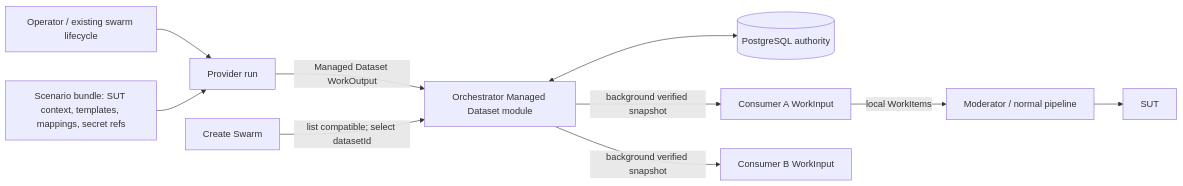
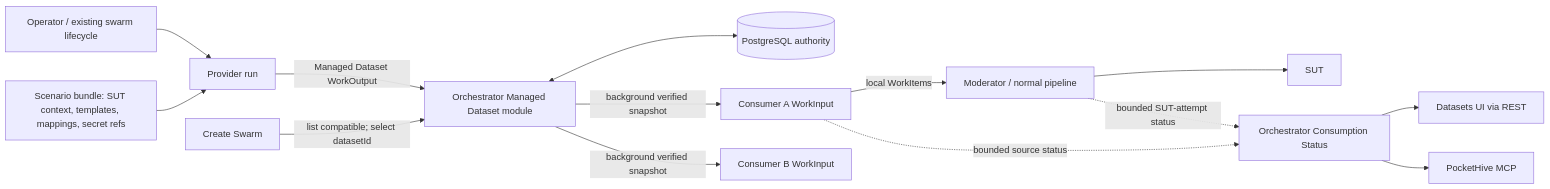
Before and after one commit to sepa79/PocketHive: the diagram in docs/inProgress/managed-test-data-lifecycle-generic-spec.md, drawn with Mermaid. The commit also changed other lines of this file and 3 other files, not shown here.

````diff
--- a/docs/inProgress/managed-test-data-lifecycle-generic-spec.md
+++ b/docs/inProgress/managed-test-data-lifecycle-generic-spec.md
@@ -104,12 +117,16 @@
 ```mermaid
 flowchart LR
   OP["Operator / existing swarm lifecycle"] --> P["Provider run"]
   B["Scenario bundle: SUT context, templates, mappings, secret refs"] --> P
   P -->|"Managed Dataset WorkOutput"| MD["Orchestrator Managed Dataset module"]
   MD <--> PG[("PostgreSQL authority")]
   CS["Create Swarm"] -->|"list compatible; select datasetId"| MD
   MD -->|"background verified snapshot"| C1["Consumer A WorkInput"]
   MD -->|"background verified snapshot"| C2["Consumer B WorkInput"]
   C1 -->|"local WorkItems"| M["Moderator / normal pipeline"]
   M --> SUT["SUT"]
+  C1 -.->|"bounded source status"| O["Orchestrator Consumption Status"]
+  M -.->|"bounded SUT-attempt status"| O
+  O --> UI["Datasets UI via REST"]
+  O --> MCP["PocketHive MCP"]
 ```
````
